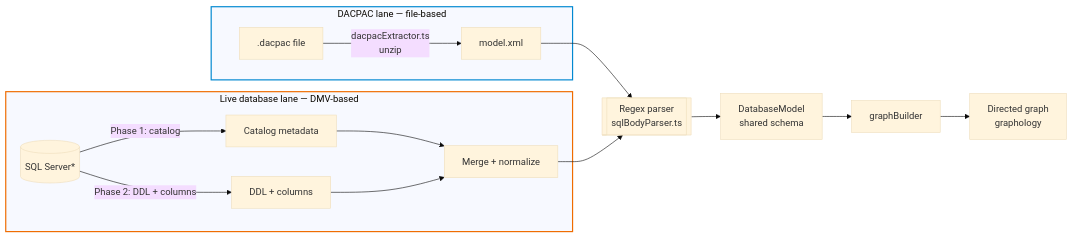
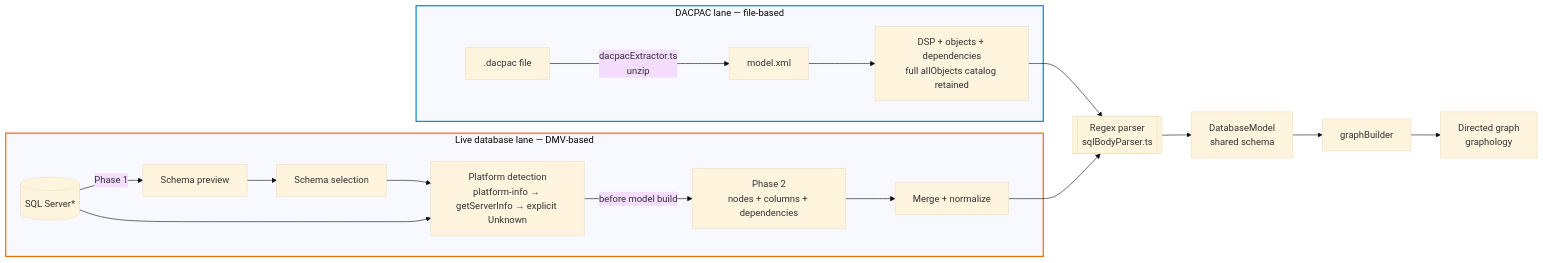
The first of 3 diagrams in docs/DEVELOPER_GUIDE.md (ChrisDevRepo/vscode_data_lineage), drawn with Mermaid (base theme) before and after one commit. The commit also changed other lines of this file and 525 other files, not shown here.

````diff
--- a/docs/DEVELOPER_GUIDE.md
+++ b/docs/DEVELOPER_GUIDE.md
@@ -41,19 +50,22 @@
 ```mermaid
 flowchart LR
     subgraph DACPAC[DACPAC lane — file-based]
         DP[.dacpac file] -->|dacpacExtractor.ts<br/>unzip| MX[model.xml]
+        MX --> DX["DSP + objects + dependencies<br/>full allObjects catalog retained"]
     end
     subgraph LIVE[Live database lane — DMV-based]
-        SRV[(SQL Server*)] -->|Phase 1: catalog| CAT[Catalog metadata]
-        SRV -->|Phase 2: DDL + columns| DDL[DDL + columns]
-        CAT --> MERGE[Merge + normalize]
-        DDL --> MERGE
+        SRV[(SQL Server*)] -->|Phase 1| CAT[Schema preview]
+        CAT --> SELECT[Schema selection]
+        SELECT --> PI["Platform detection<br/>platform-info → getServerInfo → explicit Unknown"]
+        SRV --> PI
+        PI -->|before model build| DDL["Phase 2<br/>nodes + columns + dependencies"]
+        DDL --> MERGE[Merge + normalize]
     end
-    MX --> PARSE[[Regex parser<br/>sqlBodyParser.ts]]
+    DX --> PARSE[[Regex parser<br/>sqlBodyParser.ts]]
     MERGE --> PARSE
     PARSE --> DM[DatabaseModel<br/>shared schema]
     DM --> GB[graphBuilder] --> G[Directed graph<br/>graphology]
 
     style DACPAC stroke:#0288d1,stroke-width:2px
     style LIVE stroke:#ef6c00,stroke-width:2px
 ```
````
